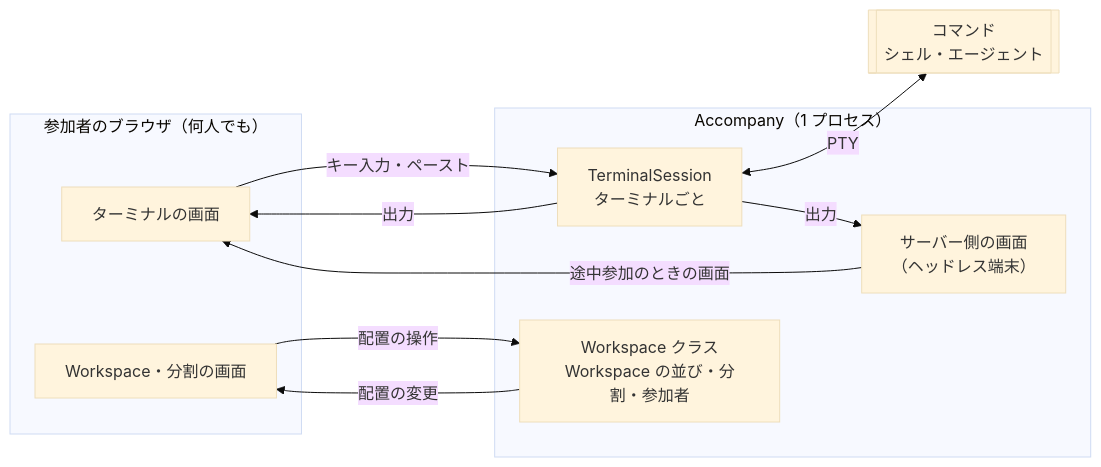
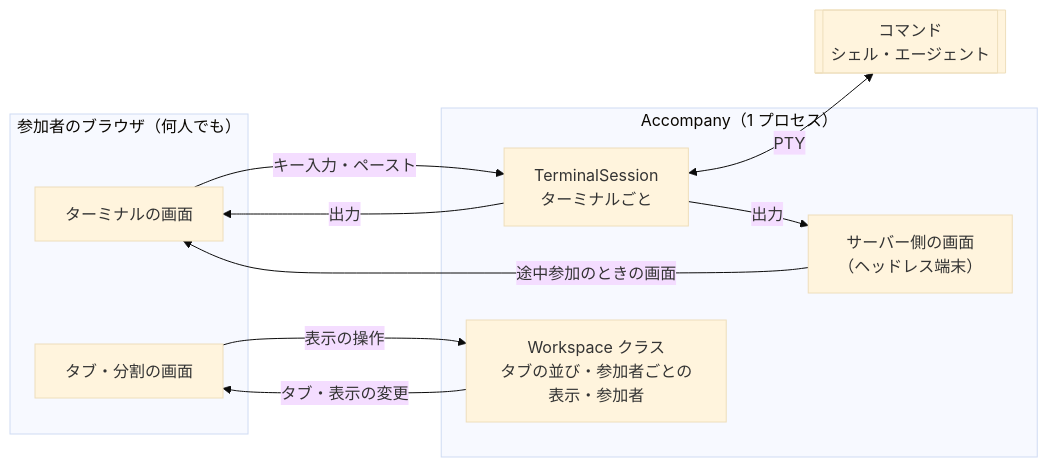
One commit to itsuki-yamada/accompany changed the diagram in README.md. Above: the diagram before and after it, drawn with Mermaid (base theme). The commit also changed other lines of this file and 27 other files, not shown here.

````diff
--- a/README.md
+++ b/README.md
@@ -149,20 +149,20 @@
 ```mermaid
 flowchart LR
   subgraph Browser["参加者のブラウザ（何人でも）"]
     A[ターミナルの画面]
-    W[Workspace・分割の画面]
+    W[タブ・分割の画面]
   end
   subgraph Server["Accompany（1 プロセス）"]
-    WS[Workspace クラス<br/>Workspace の並び・分割・参加者]
+    WS[Workspace クラス<br/>タブの並び・参加者ごとの表示・参加者]
     T[TerminalSession<br/>ターミナルごと]
     S[サーバー側の画面<br/>（ヘッドレス端末）]
   end
   P[[コマンド<br/>シェル・エージェント]]
   A -->|キー入力・ペースト| T
   T -->|出力| A
   S -->|途中参加のときの画面| A
-  W -->|配置の操作| WS
-  WS -->|配置の変更| W
+  W -->|表示の操作| WS
+  WS -->|タブ・表示の変更| W
   T <-->|PTY| P
   T -->|出力| S
 ```
````
